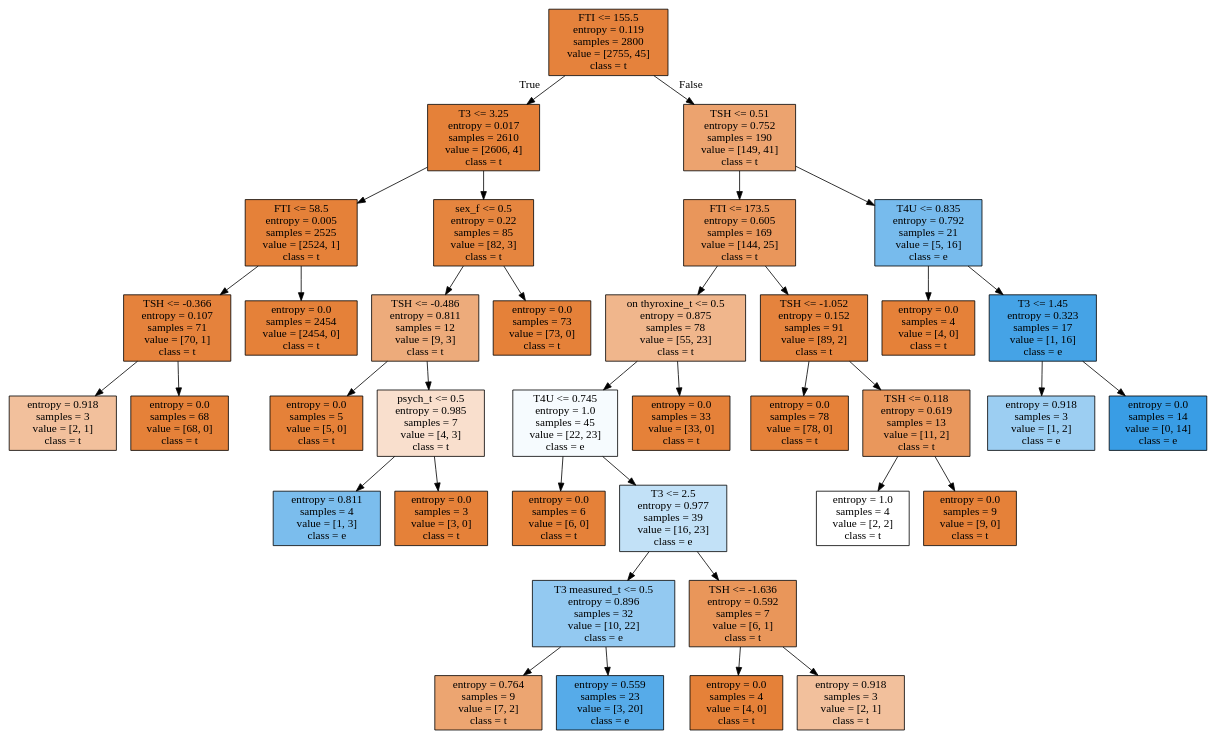
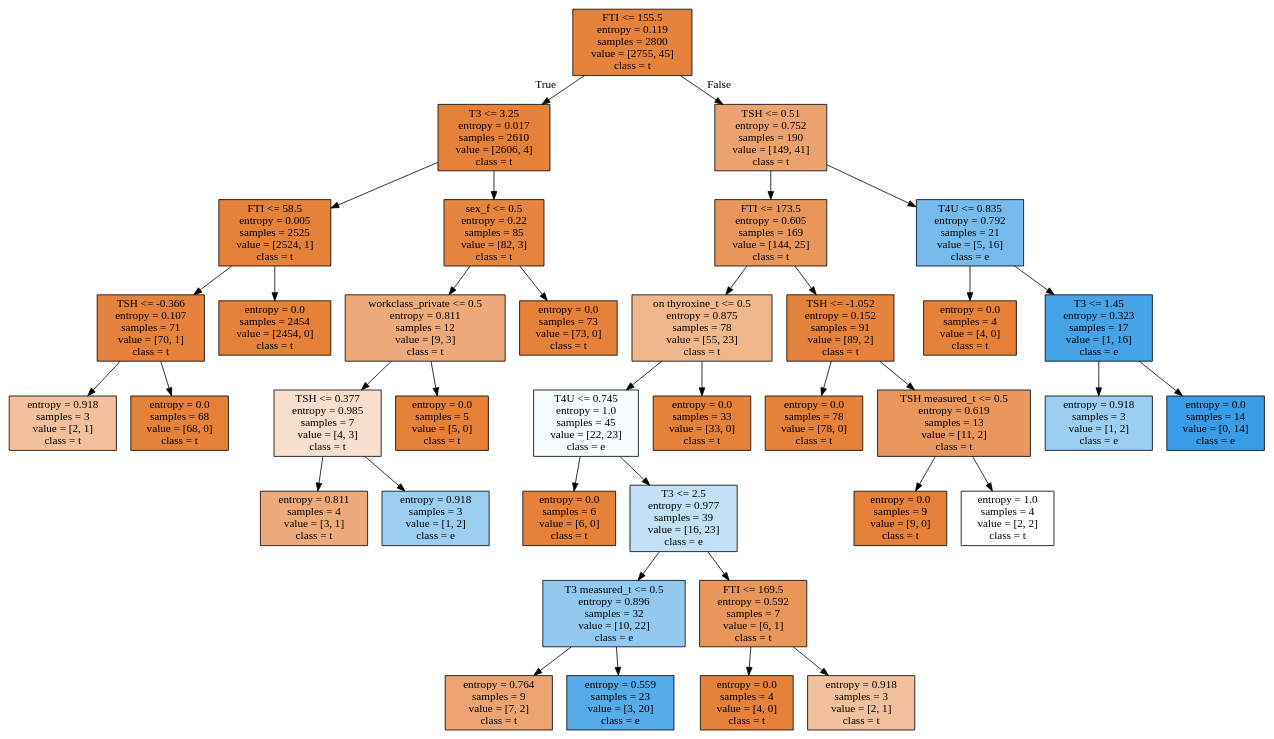
One commit to StefanSeben/IAU2018_SZ changed the diagram in strom_e7n3.dot. Above: the diagram before and after it, drawn with Graphviz. The commit also changed 5 other files, not shown here.

```diff
--- a/strom_e7n3.dot
+++ b/strom_e7n3.dot
@@ -1,76 +1,76 @@
 digraph Tree {
 node [shape=box, style="filled", color="black"] ;
 0 [label="FTI <= 155.5\nentropy = 0.119\nsamples = 2800\nvalue = [2755, 45]\nclass = t", fillcolor="#e58139fb"] ;
 1 [label="T3 <= 3.25\nentropy = 0.017\nsamples = 2610\nvalue = [2606, 4]\nclass = t", fillcolor="#e58139ff"] ;
 0 -> 1 [labeldistance=2.5, labelangle=45, headlabel="True"] ;
 2 [label="FTI <= 58.5\nentropy = 0.005\nsamples = 2525\nvalue = [2524, 1]\nclass = t", fillcolor="#e58139ff"] ;
 1 -> 2 ;
 3 [label="TSH <= -0.366\nentropy = 0.107\nsamples = 71\nvalue = [70, 1]\nclass = t", fillcolor="#e58139fb"] ;
 2 -> 3 ;
 4 [label="entropy = 0.918\nsamples = 3\nvalue = [2, 1]\nclass = t", fillcolor="#e581397f"] ;
 3 -> 4 ;
 5 [label="entropy = 0.0\nsamples = 68\nvalue = [68, 0]\nclass = t", fillcolor="#e58139ff"] ;
 3 -> 5 ;
 6 [label="entropy = 0.0\nsamples = 2454\nvalue = [2454, 0]\nclass = t", fillcolor="#e58139ff"] ;
 2 -> 6 ;
 7 [label="sex_f <= 0.5\nentropy = 0.22\nsamples = 85\nvalue = [82, 3]\nclass = t", fillcolor="#e58139f6"] ;
 1 -> 7 ;
-8 [label="TSH <= -0.486\nentropy = 0.811\nsamples = 12\nvalue = [9, 3]\nclass = t", fillcolor="#e58139aa"] ;
+8 [label="workclass_private <= 0.5\nentropy = 0.811\nsamples = 12\nvalue = [9, 3]\nclass = t", fillcolor="#e58139aa"] ;
 7 -> 8 ;
-9 [label="entropy = 0.0\nsamples = 5\nvalue = [5, 0]\nclass = t", fillcolor="#e58139ff"] ;
+9 [label="TSH <= 0.377\nentropy = 0.985\nsamples = 7\nvalue = [4, 3]\nclass = t", fillcolor="#e5813940"] ;
 8 -> 9 ;
-10 [label="psych_t <= 0.5\nentropy = 0.985\nsamples = 7\nvalue = [4, 3]\nclass = t", fillcolor="#e5813940"] ;
-8 -> 10 ;
-11 [label="entropy = 0.811\nsamples = 4\nvalue = [1, 3]\nclass = e", fillcolor="#399de5aa"] ;
-10 -> 11 ;
-12 [label="entropy = 0.0\nsamples = 3\nvalue = [3, 0]\nclass = t", fillcolor="#e58139ff"] ;
-10 -> 12 ;
+10 [label="entropy = 0.811\nsamples = 4\nvalue = [3, 1]\nclass = t", fillcolor="#e58139aa"] ;
+9 -> 10 ;
+11 [label="entropy = 0.918\nsamples = 3\nvalue = [1, 2]\nclass = e", fillcolor="#399de57f"] ;
+9 -> 11 ;
+12 [label="entropy = 0.0\nsamples = 5\nvalue = [5, 0]\nclass = t", fillcolor="#e58139ff"] ;
+8 -> 12 ;
 13 [label="entropy = 0.0\nsamples = 73\nvalue = [73, 0]\nclass = t", fillcolor="#e58139ff"] ;
 7 -> 13 ;
 14 [label="TSH <= 0.51\nentropy = 0.752\nsamples = 190\nvalue = [149, 41]\nclass = t", fillcolor="#e58139b9"] ;
 0 -> 14 [labeldistance=2.5, labelangle=-45, headlabel="False"] ;
 15 [label="FTI <= 173.5\nentropy = 0.605\nsamples = 169\nvalue = [144, 25]\nclass = t", fillcolor="#e58139d3"] ;
 14 -> 15 ;
 16 [label="on thyroxine_t <= 0.5\nentropy = 0.875\nsamples = 78\nvalue = [55, 23]\nclass = t", fillcolor="#e5813994"] ;
 15 -> 16 ;
 17 [label="T4U <= 0.745\nentropy = 1.0\nsamples = 45\nvalue = [22, 23]\nclass = e", fillcolor="#399de50b"] ;
 16 -> 17 ;
 18 [label="entropy = 0.0\nsamples = 6\nvalue = [6, 0]\nclass = t", fillcolor="#e58139ff"] ;
 17 -> 18 ;
 19 [label="T3 <= 2.5\nentropy = 0.977\nsamples = 39\nvalue = [16, 23]\nclass = e", fillcolor="#399de54e"] ;
 17 -> 19 ;
 20 [label="T3 measured_t <= 0.5\nentropy = 0.896\nsamples = 32\nvalue = [10, 22]\nclass = e", fillcolor="#399de58b"] ;
 19 -> 20 ;
 21 [label="entropy = 0.764\nsamples = 9\nvalue = [7, 2]\nclass = t", fillcolor="#e58139b6"] ;
 20 -> 21 ;
 22 [label="entropy = 0.559\nsamples = 23\nvalue = [3, 20]\nclass = e", fillcolor="#399de5d9"] ;
 20 -> 22 ;
-23 [label="TSH <= -1.636\nentropy = 0.592\nsamples = 7\nvalue = [6, 1]\nclass = t", fillcolor="#e58139d4"] ;
+23 [label="FTI <= 169.5\nentropy = 0.592\nsamples = 7\nvalue = [6, 1]\nclass = t", fillcolor="#e58139d4"] ;
 19 -> 23 ;
 24 [label="entropy = 0.0\nsamples = 4\nvalue = [4, 0]\nclass = t", fillcolor="#e58139ff"] ;
 23 -> 24 ;
 25 [label="entropy = 0.918\nsamples = 3\nvalue = [2, 1]\nclass = t", fillcolor="#e581397f"] ;
 23 -> 25 ;
 26 [label="entropy = 0.0\nsamples = 33\nvalue = [33, 0]\nclass = t", fillcolor="#e58139ff"] ;
 16 -> 26 ;
 27 [label="TSH <= -1.052\nentropy = 0.152\nsamples = 91\nvalue = [89, 2]\nclass = t", fillcolor="#e58139f9"] ;
 15 -> 27 ;
 28 [label="entropy = 0.0\nsamples = 78\nvalue = [78, 0]\nclass = t", fillcolor="#e58139ff"] ;
 27 -> 28 ;
-29 [label="TSH <= 0.118\nentropy = 0.619\nsamples = 13\nvalue = [11, 2]\nclass = t", fillcolor="#e58139d1"] ;
+29 [label="TSH measured_t <= 0.5\nentropy = 0.619\nsamples = 13\nvalue = [11, 2]\nclass = t", fillcolor="#e58139d1"] ;
 27 -> 29 ;
-30 [label="entropy = 1.0\nsamples = 4\nvalue = [2, 2]\nclass = t", fillcolor="#e5813900"] ;
+30 [label="entropy = 0.0\nsamples = 9\nvalue = [9, 0]\nclass = t", fillcolor="#e58139ff"] ;
 29 -> 30 ;
-31 [label="entropy = 0.0\nsamples = 9\nvalue = [9, 0]\nclass = t", fillcolor="#e58139ff"] ;
+31 [label="entropy = 1.0\nsamples = 4\nvalue = [2, 2]\nclass = t", fillcolor="#e5813900"] ;
 29 -> 31 ;
 32 [label="T4U <= 0.835\nentropy = 0.792\nsamples = 21\nvalue = [5, 16]\nclass = e", fillcolor="#399de5af"] ;
 14 -> 32 ;
 33 [label="entropy = 0.0\nsamples = 4\nvalue = [4, 0]\nclass = t", fillcolor="#e58139ff"] ;
 32 -> 33 ;
 34 [label="T3 <= 1.45\nentropy = 0.323\nsamples = 17\nvalue = [1, 16]\nclass = e", fillcolor="#399de5ef"] ;
 32 -> 34 ;
 35 [label="entropy = 0.918\nsamples = 3\nvalue = [1, 2]\nclass = e", fillcolor="#399de57f"] ;
 34 -> 35 ;
 36 [label="entropy = 0.0\nsamples = 14\nvalue = [0, 14]\nclass = e", fillcolor="#399de5ff"] ;
 34 -> 36 ;
 }
```
